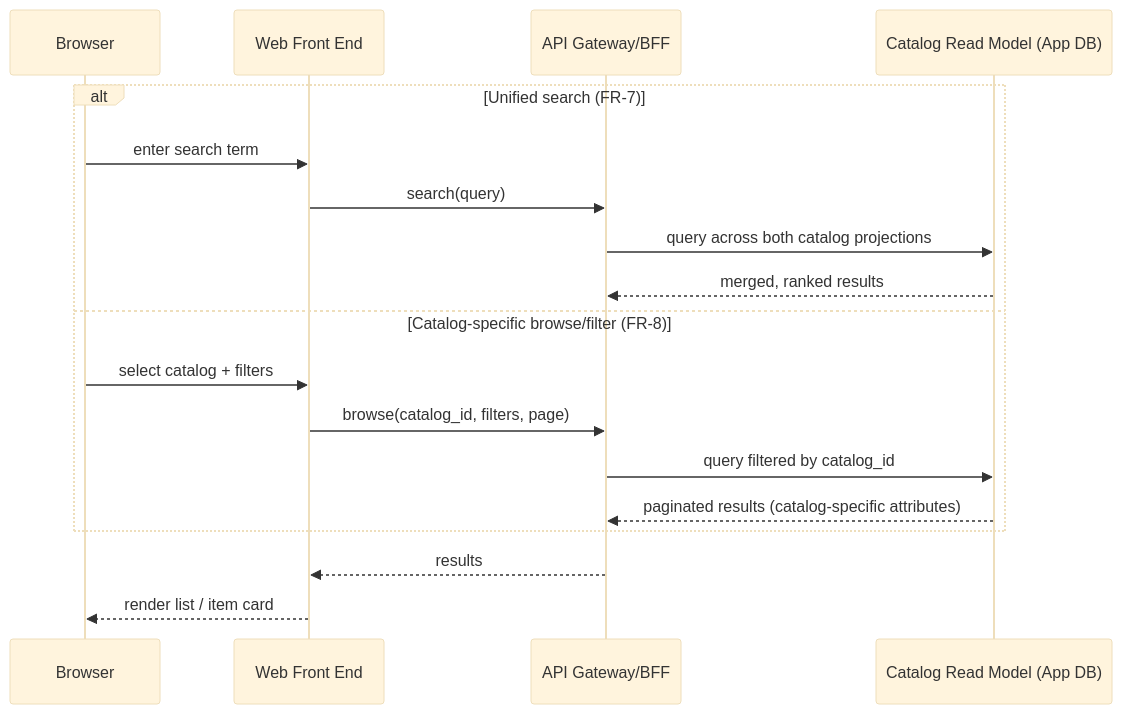
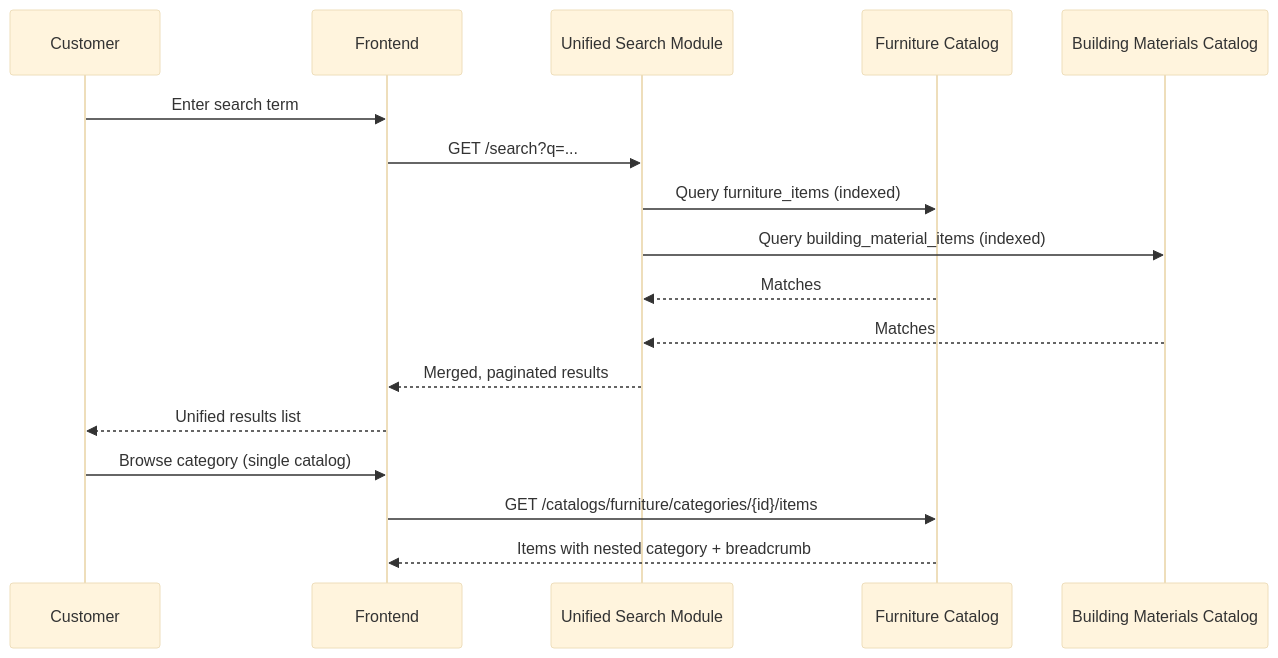
The fourth of 10 diagrams in projects/rumica-starter/working/architecture-specification.md (DzmitryKamashkaInt/business_analysys_pipeline), drawn with Mermaid (base theme) before and after one commit. The commit also changed other lines of this file, not shown here.

Commit message:
rumica-starter: rework architecture specification for custom backend + payment orchestration layer

````diff
--- a/projects/rumica-starter/working/architecture-specification.md
+++ b/projects/rumica-starter/working/architecture-specification.md
@@ -102,21 +152,21 @@
 ```mermaid
 sequenceDiagram
-    participant Browser
-    participant FE as Web Front End
-    participant GW as API Gateway/BFF
-    participant RM as Catalog Read Model (App DB)
+    participant U as Customer
+    participant FE as Frontend
+    participant Search as Unified Search Module
+    participant FC as Furniture Catalog
+    participant BC as Building Materials Catalog
 
-    alt Unified search (FR-7)
-        Browser->>FE: enter search term
-        FE->>GW: search(query)
-        GW->>RM: query across both catalog projections
-        RM-->>GW: merged, ranked results
-    else Catalog-specific browse/filter (FR-8)
-        Browser->>FE: select catalog + filters
-        FE->>GW: browse(catalog_id, filters, page)
-        GW->>RM: query filtered by catalog_id
-        RM-->>GW: paginated results (catalog-specific attributes)
-    end
-    GW-->>FE: results
-    FE-->>Browser: render list / item card
+    U->>FE: Enter search term
+    FE->>Search: GET /search?q=...
+    Search->>FC: Query furniture_items (indexed)
+    Search->>BC: Query building_material_items (indexed)
+    FC-->>Search: Matches
+    BC-->>Search: Matches
+    Search-->>FE: Merged, paginated results
+    FE-->>U: Unified results list
+
+    U->>FE: Browse category (single catalog)
+    FE->>FC: GET /catalogs/furniture/categories/{id}/items
+    FC-->>FE: Items with nested category + breadcrumb
 ```
````
